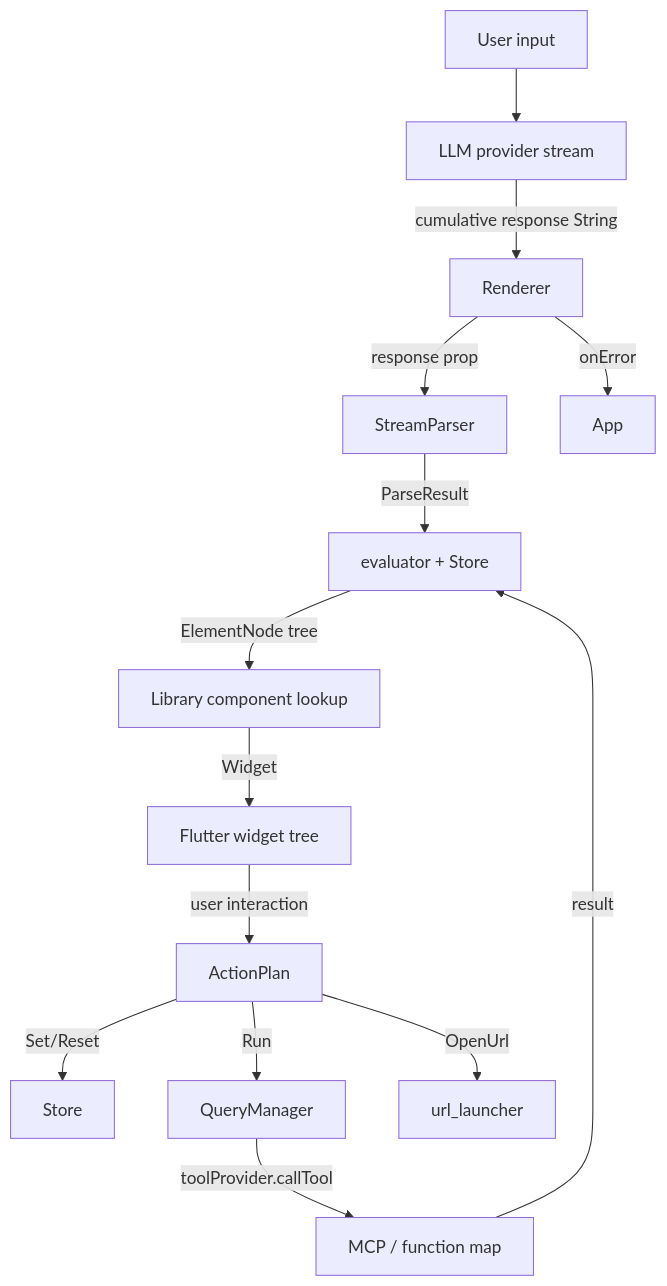
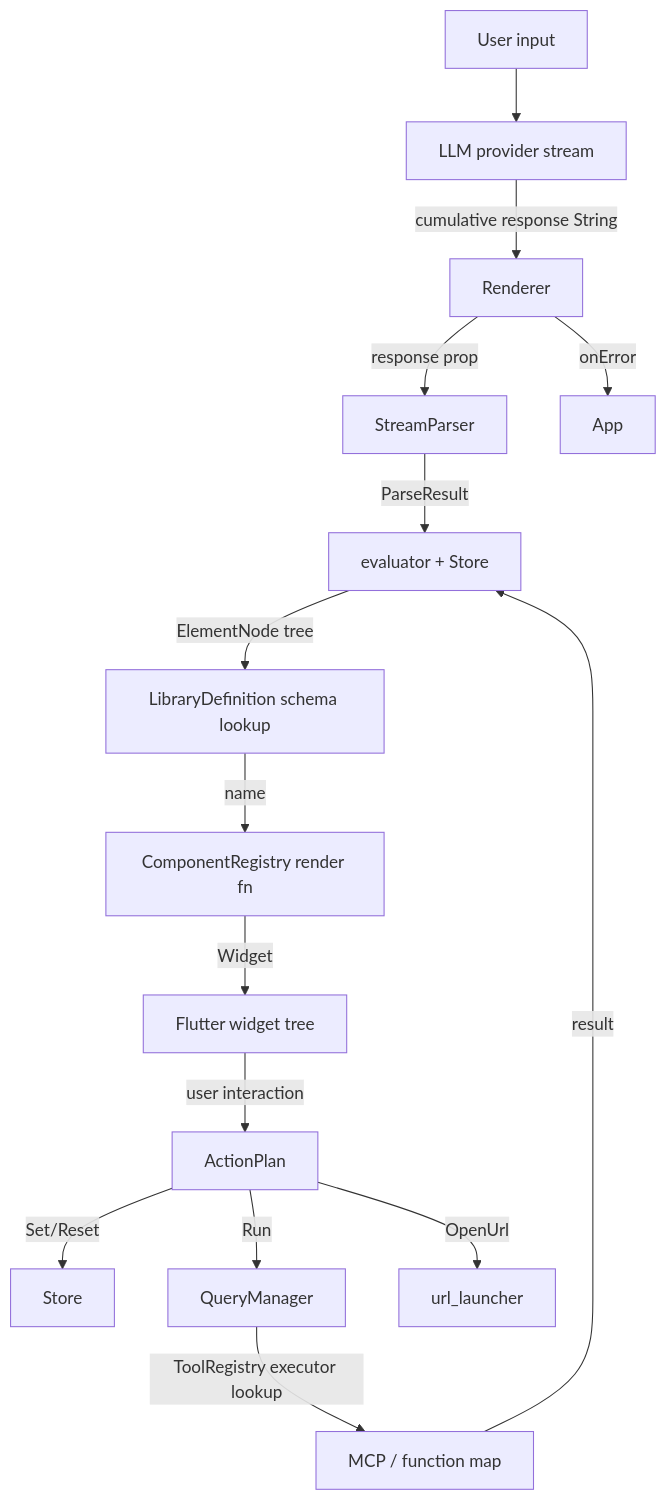
The second of 2 diagrams in docs/architecture.md (mtwichel/openui_flutter), drawn with Mermaid before and after one commit. The commit also changed other lines of this file and 66 other files, not shown here.

First line of the commit message:
refactor(openui_core,openui,openui_components,openui_mcp): separate library definitions from renderers (#15)

````diff
--- a/docs/architecture.md
+++ b/docs/architecture.md
@@ -48,16 +48,17 @@
 ```mermaid
 flowchart TD
   User[User input] --> LLM[LLM provider stream]
   LLM -->|cumulative response String| Renderer
   Renderer -->|response prop| Parser[StreamParser]
   Parser -->|ParseResult| Evaluator[evaluator + Store]
-  Evaluator -->|ElementNode tree| ComponentMap[Library component lookup]
-  ComponentMap -->|Widget| Tree[Flutter widget tree]
+  Evaluator -->|ElementNode tree| DefLookup[LibraryDefinition schema lookup]
+  DefLookup -->|name| RegLookup[ComponentRegistry render fn]
+  RegLookup -->|Widget| Tree[Flutter widget tree]
   Tree -->|user interaction| ActionPlan
   ActionPlan -->|Set/Reset| Store
   ActionPlan -->|Run| QueryManager
-  QueryManager -->|toolProvider.callTool| Tool[MCP / function map]
-  Tool -->|result| Evaluator
+  QueryManager -->|ToolRegistry executor lookup| ToolExec[MCP / function map]
+  ToolExec -->|result| Evaluator
   ActionPlan -->|OpenUrl| UrlLauncher[url_launcher]
   Renderer -->|onError| App
 ```
````
